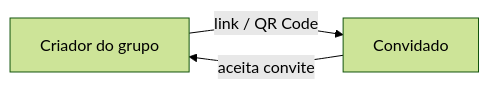
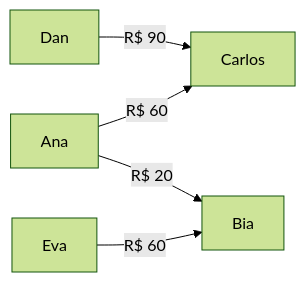
The third of 8 diagrams in README.md (tprei/dividimos), drawn with Mermaid (forest theme) before and after one commit. The commit also changed other lines of this file and 1 other file, not shown here.

````diff
--- a/README.md
+++ b/README.md
@@ -61,5 +176,7 @@
 ```mermaid
-flowchart LR
-    A[Criador do grupo] -->|link / QR Code| B[Convidado]
-    B -->|aceita convite| A
+graph LR
+    D[Dan] -->|R$ 90| C[Carlos]
+    A[Ana] -->|R$ 60| C
+    A -->|R$ 20| B[Bia]
+    E[Eva] -->|R$ 60| B
 ```
````
